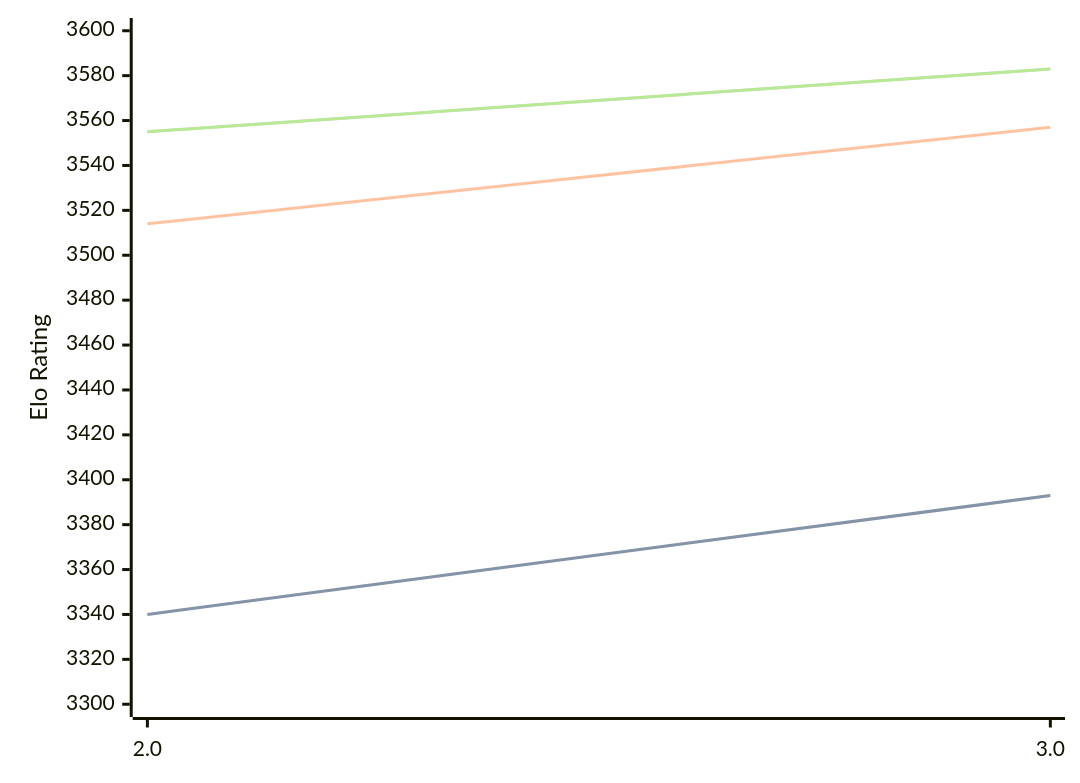
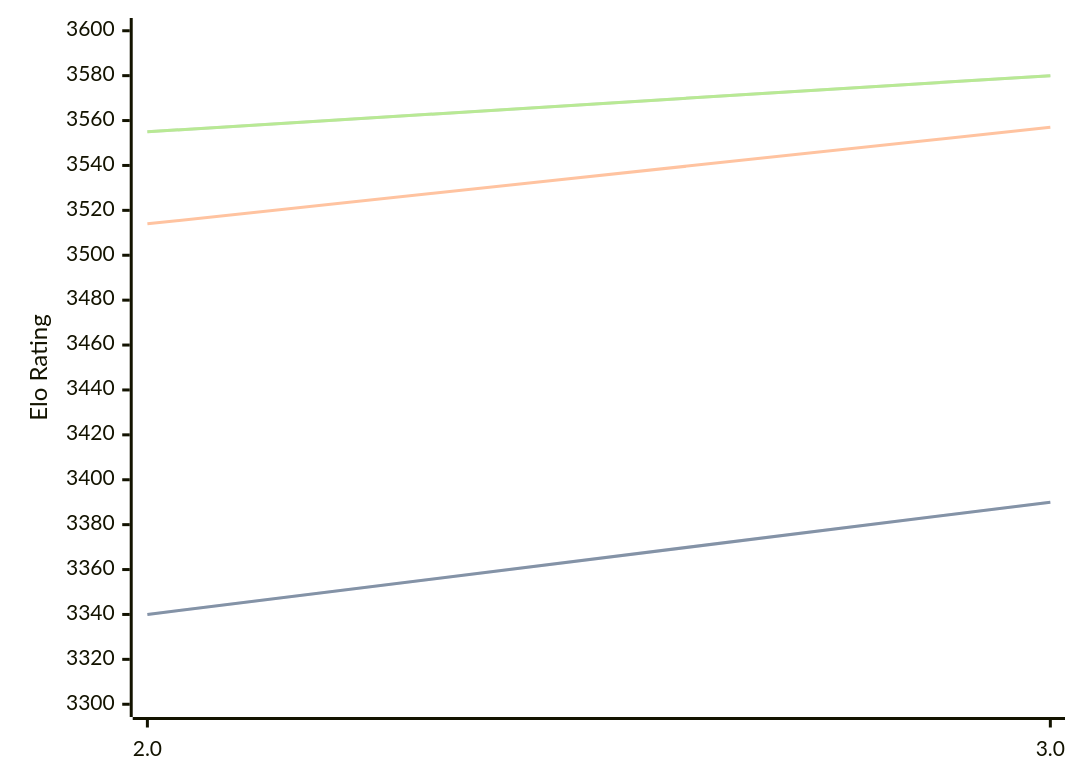
Before and after one commit to computer-chess-index/cci: the diagram in engines/Quanticade.md, drawn with Mermaid. The commit also changed other lines of this file, not shown here.

Commit message:
Update CCI Ratings (ELO VLTC) - 2026-03-01

````diff
--- a/engines/Quanticade.md
+++ b/engines/Quanticade.md
@@ -39,11 +39,11 @@
 ```mermaid
 %%{init: {"theme":"base","themeVariables":{"seriesColors:['#a3a3a3','#222221','#faa371']}}}%%
 xychart-beta
   x-axis ["2.0", "3.0"]
   y-axis "Elo Rating" 3300 --> 3600
-  line "STC (8.0+0.08s)" [3340, 3393]
-  line "STC (8.0+0.08s)" [3340, 3393]
+  line "STC (8.0+0.08s)" [3340, 3390]
+  line "STC (8.0+0.08s)" [3340, 3390]
   line "LTC (60.0+0.60s)" [3514, 3557]
-  line "VLTC (2m24s+1.12s)" [3555, 3583]
-  line "VLTC (2m24s+1.12s)" [3555, 3583]
+  line "VLTC (2m24s+1.12s)" [3555, 3580]
+  line "VLTC (2m24s+1.12s)" [3555, 3580]
 ```
````
